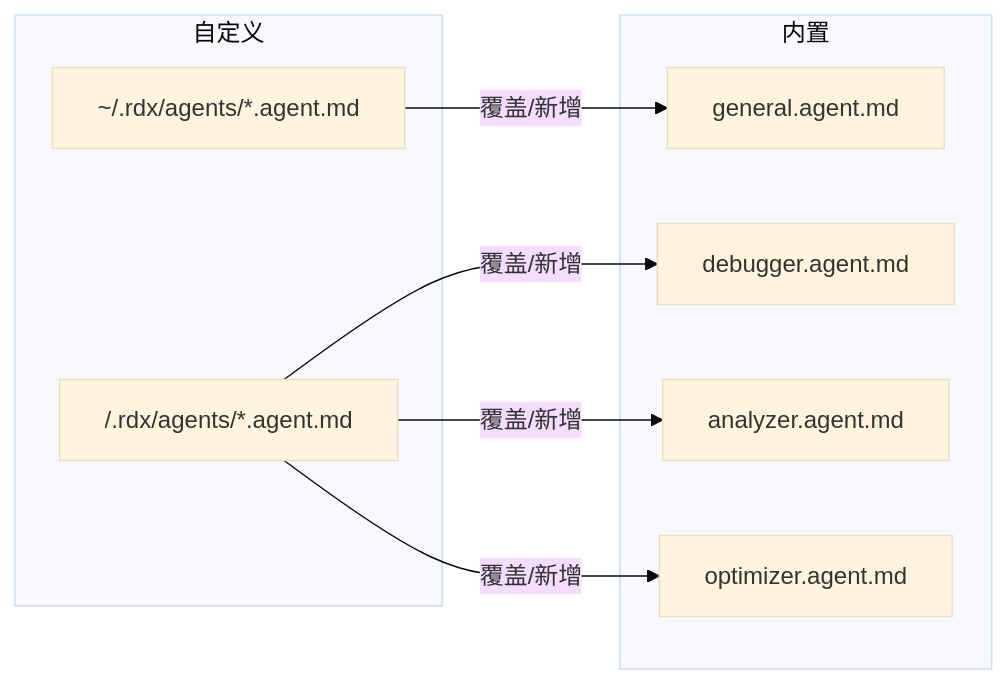
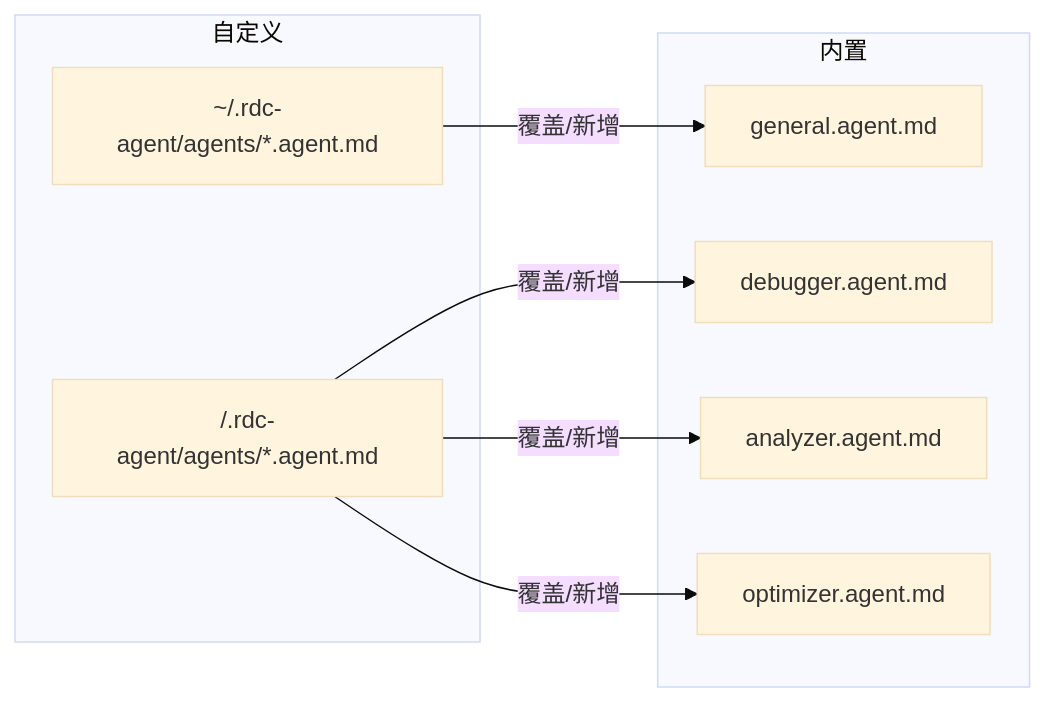
The seventh of 9 diagrams in .qoder/repowiki/zh/content/扩展开发/自定义 Agent 开发/Agent 能力系统.md (haolange/RDC-Agent), drawn with Mermaid (base theme) before and after one commit. The commit also changed other lines of this file and 557 other files, not shown here.

First line of the commit message:
Unify RDC-Agent identity and canonical RDC-Tool integration

````diff
--- a/.qoder/repowiki/zh/content/扩展开发/自定义 Agent 开发/Agent 能力系统.md
+++ b/.qoder/repowiki/zh/content/扩展开发/自定义 Agent 开发/Agent 能力系统.md
@@ -265,17 +265,17 @@
 ```mermaid
 graph LR
 subgraph "内置"
 G["general.agent.md"]
 D["debugger.agent.md"]
 A["analyzer.agent.md"]
 O["optimizer.agent.md"]
 end
 subgraph "自定义"
-U["~/.rdx/agents/*.agent.md"]
-P["<project>/.rdx/agents/*.agent.md"]
+U["~/.rdc-agent/agents/*.agent.md"]
+P["<project>/.rdc-agent/agents/*.agent.md"]
 end
 U --> |覆盖/新增| G
 P --> |覆盖/新增| D
 P --> |覆盖/新增| A
 P --> |覆盖/新增| O
 ```
````
